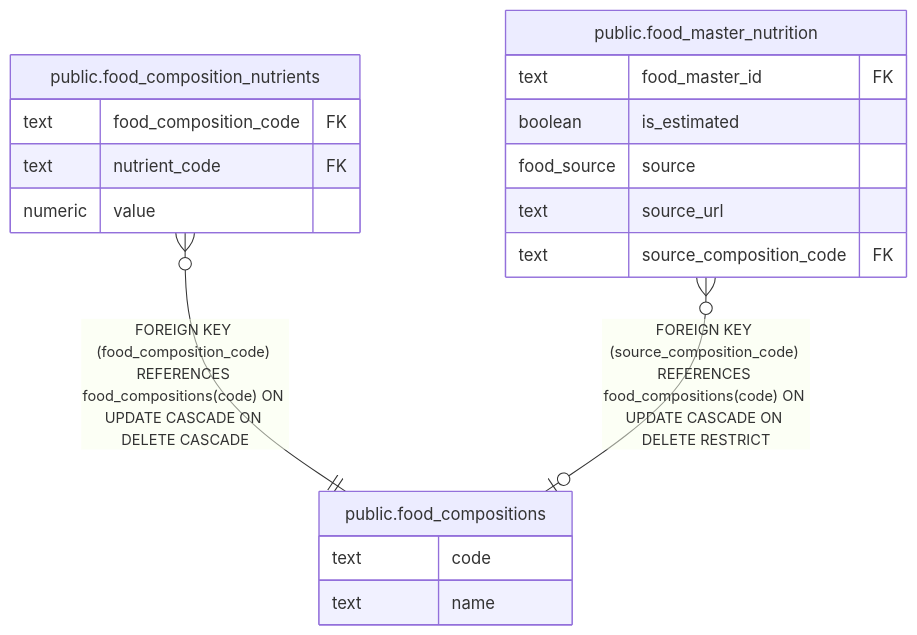
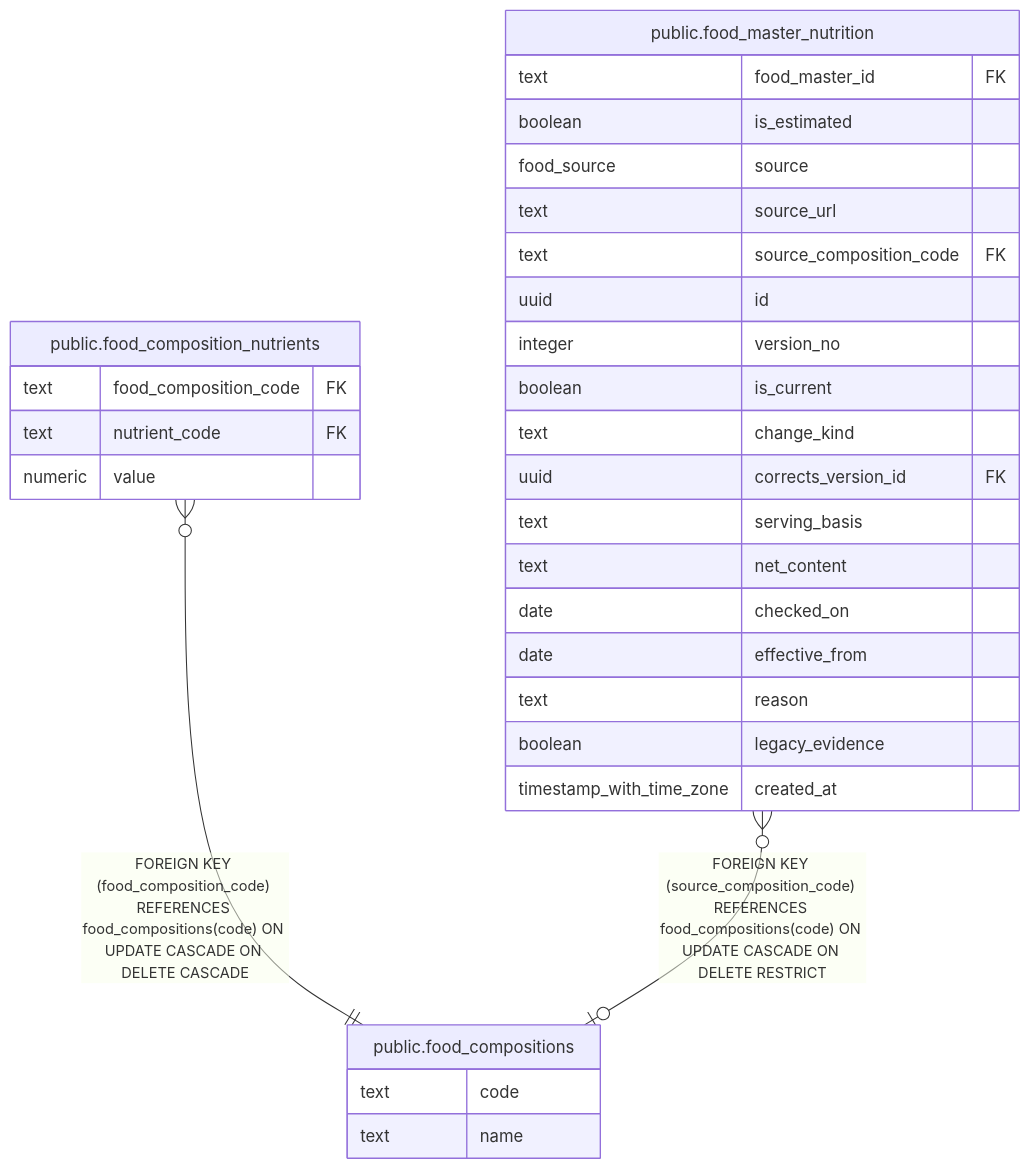
Before and after one commit to fohte/meshi: the diagram in server/docs/db/public.food_compositions.md, drawn with Mermaid. The commit also changed 51 other files, not shown here.

````diff
--- a/server/docs/db/public.food_compositions.md
+++ b/server/docs/db/public.food_compositions.md
@@ -32,23 +32,35 @@
 ```mermaid
 erDiagram
 
 "public.food_composition_nutrients" }o--|| "public.food_compositions" : "FOREIGN KEY (food_composition_code) REFERENCES food_compositions(code) ON UPDATE CASCADE ON DELETE CASCADE"
 "public.food_master_nutrition" }o--o| "public.food_compositions" : "FOREIGN KEY (source_composition_code) REFERENCES food_compositions(code) ON UPDATE CASCADE ON DELETE RESTRICT"
 
 "public.food_compositions" {
   text code
   text name
 }
 "public.food_composition_nutrients" {
   text food_composition_code FK
   text nutrient_code FK
   numeric value
 }
 "public.food_master_nutrition" {
   text food_master_id FK
   boolean is_estimated
   food_source source
   text source_url
   text source_composition_code FK
+  uuid id
+  integer version_no
+  boolean is_current
+  text change_kind
+  uuid corrects_version_id FK
+  text serving_basis
+  text net_content
+  date checked_on
+  date effective_from
+  text reason
+  boolean legacy_evidence
+  timestamp_with_time_zone created_at
 }
 ```
````
